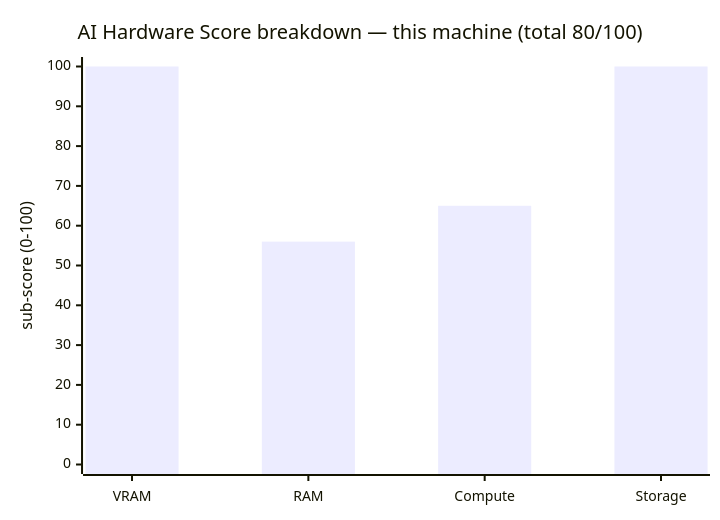
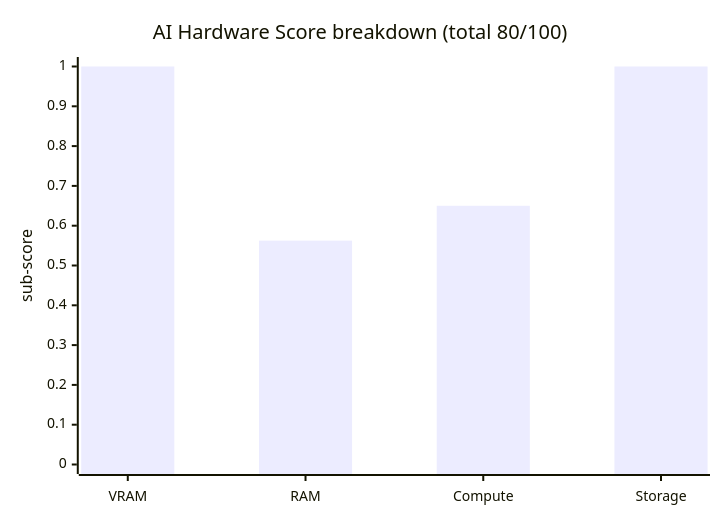
Before and after one commit to shashankswe2020-ux/local-llmup: the third of 3 diagrams in README.md, drawn with Mermaid. The commit also changed other lines of this file and 42 other files, not shown here.

````diff
--- a/README.md
+++ b/README.md
@@ -374,7 +348,7 @@
 ```mermaid
 xychart-beta
-    title "AI Hardware Score breakdown — this machine (total 80/100)"
+    title "AI Hardware Score breakdown (total 80/100)"
     x-axis ["VRAM", "RAM", "Compute", "Storage"]
-    y-axis "sub-score (0-100)" 0 --> 100
-    bar [100, 56, 65, 100]
+    y-axis "sub-score" 0 --> 1
+    bar [1, 0.5625, 0.65, 1]
 ```
````
